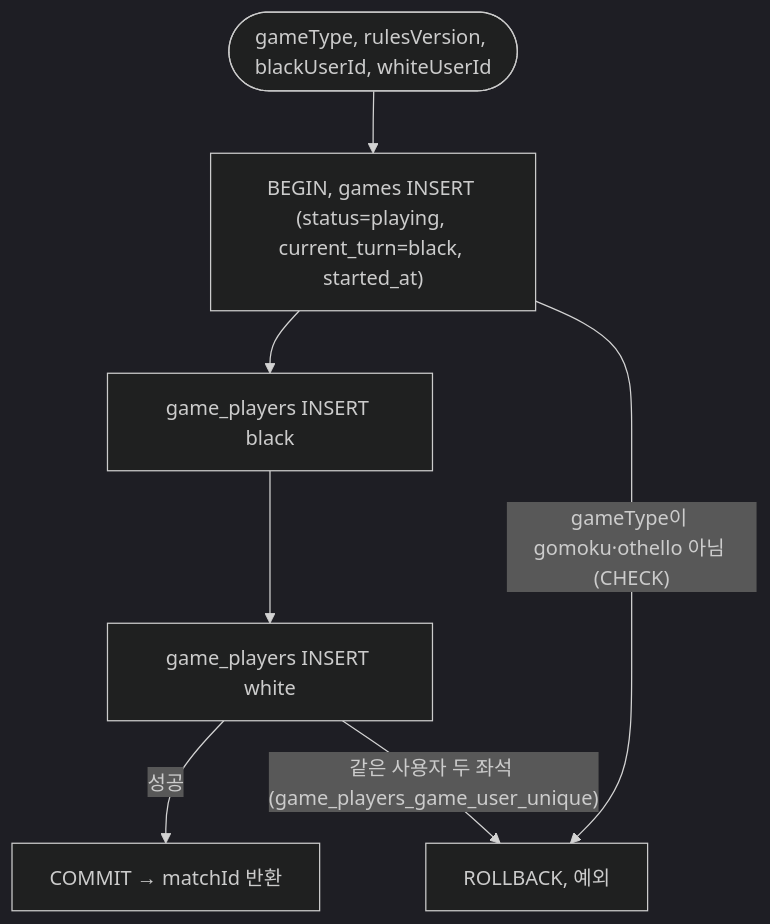
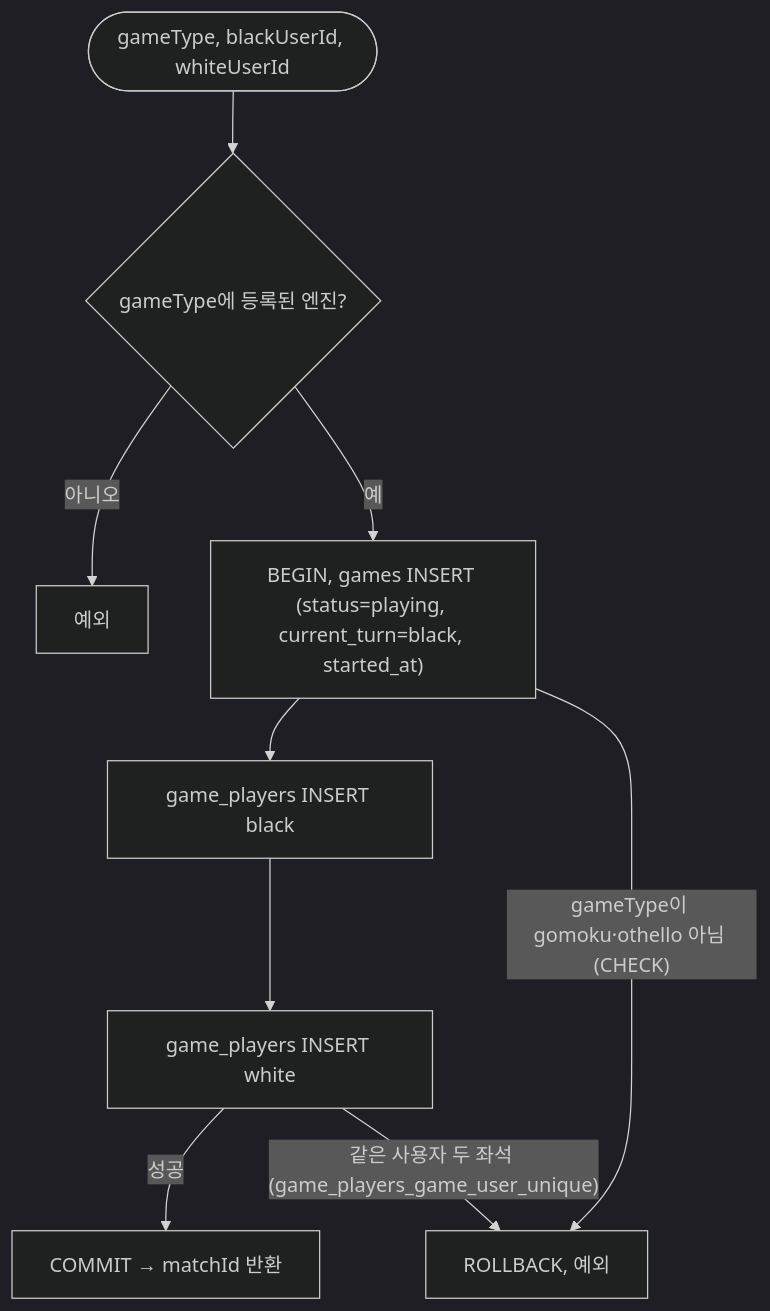
Before and after one commit to EscapeFromGyeongsan/ft_transcendence: diagram 41 of 49 in Document/SDS.md, drawn with Mermaid (dark theme). The commit also changed other lines of this file, not shown here.

Commit message:
docs(sds): mark restart void as implemented and document rulesVersion ownership

````diff
--- a/Document/SDS.md
+++ b/Document/SDS.md
@@ -1490,9 +1490,11 @@
 ```mermaid
 flowchart TD
-    S([gameType, rulesVersion, blackUserId, whiteUserId]) --> Tx["BEGIN, games INSERT (status=playing, current_turn=black, started_at)"]
+    S([gameType, blackUserId, whiteUserId]) --> Reg{gameType에 등록된 엔진?}
+    Reg -->|아니오| Err[예외]
+    Reg -->|예| Tx["BEGIN, games INSERT (status=playing, current_turn=black, started_at)"]
     Tx --> P1[game_players INSERT black]
     P1 --> P2[game_players INSERT white]
     P2 -->|성공| C["COMMIT → matchId 반환"]
     P2 -->|"같은 사용자 두 좌석 (game_players_game_user_unique)"| RB[ROLLBACK, 예외]
     Tx -->|"gameType이 gomoku·othello 아님 (CHECK)"| RB
 ```
````
